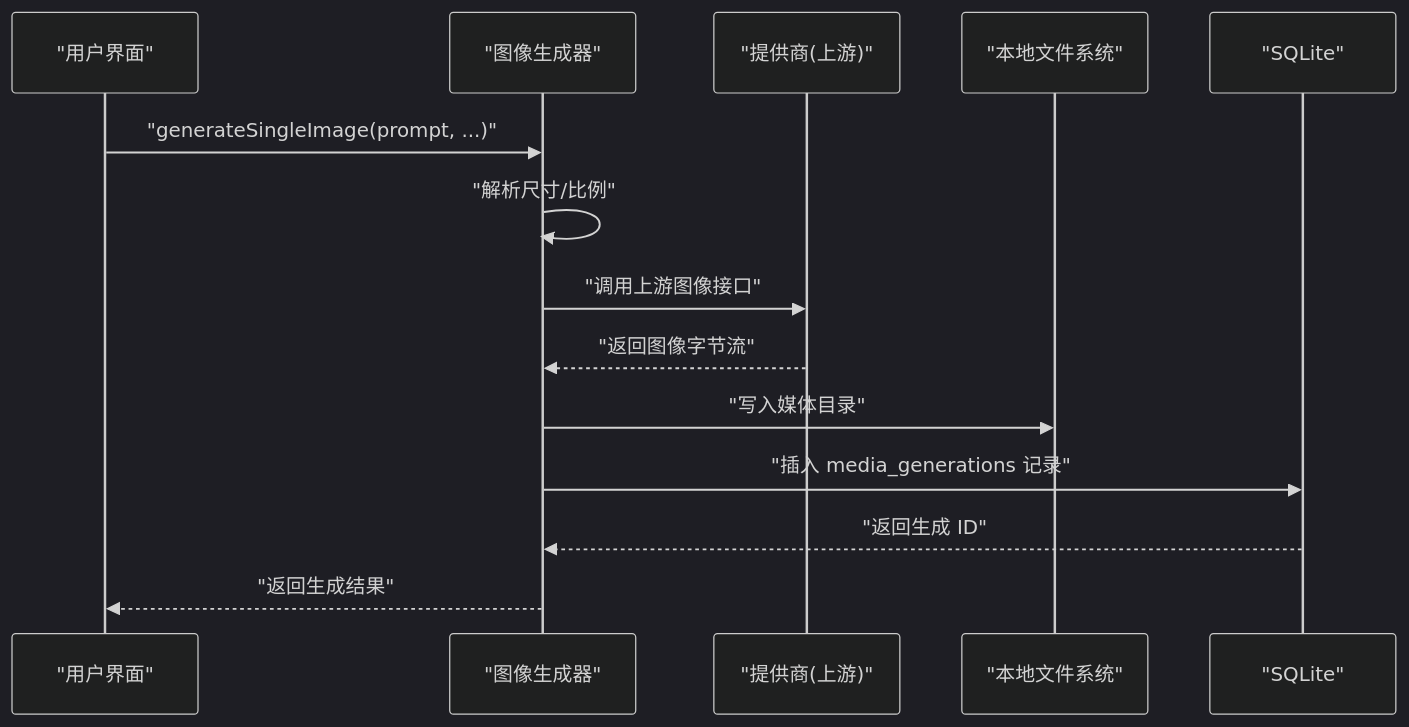
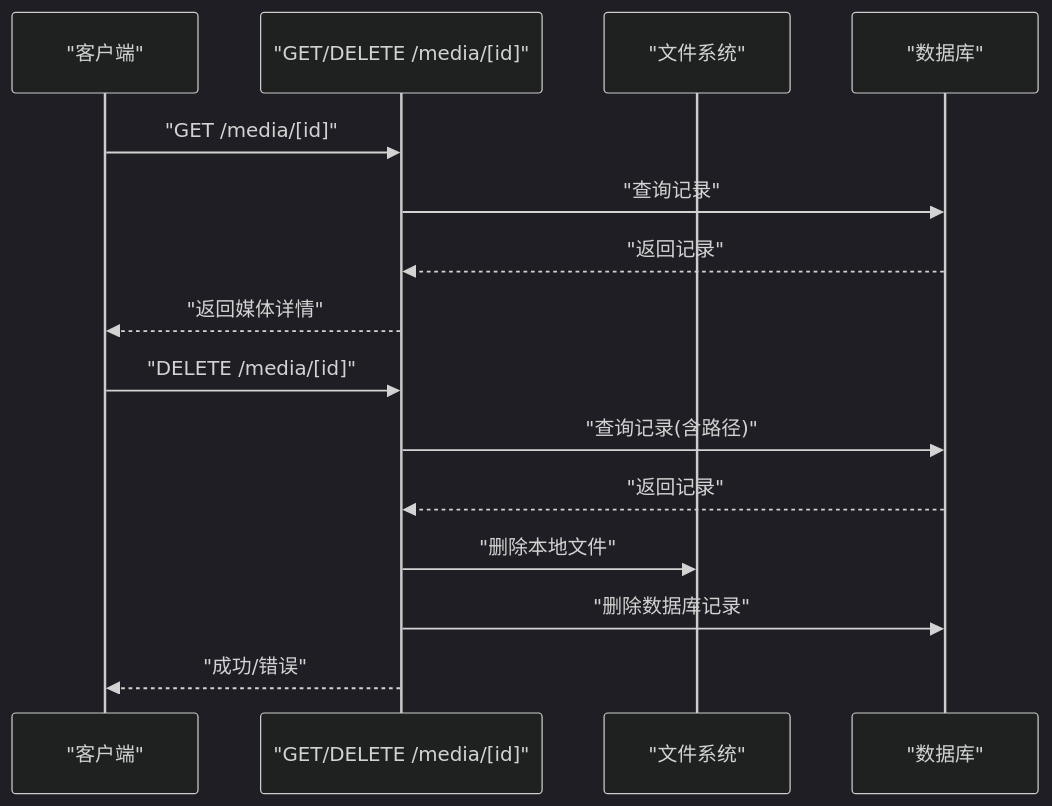
One commit to haolange/CodePilot changed the fifth of 8 diagrams in .qoder/repowiki/zh/content/API 参考/媒体 API.md. Above: the diagram before and after it, drawn with Mermaid (dark theme). The commit also changed other lines of this file and 203 other files, not shown here.

````diff
--- a/.qoder/repowiki/zh/content/API 参考/媒体 API.md
+++ b/.qoder/repowiki/zh/content/API 参考/媒体 API.md
@@ -340,16 +231,17 @@
 ```mermaid
 sequenceDiagram
-participant UI as "用户界面"
-participant GEN as "图像生成器"
-participant PROV as "提供商(上游)"
-participant FS as "本地文件系统"
-participant DB as "SQLite"
-UI->>GEN : "generateSingleImage(prompt, ...)"
-GEN->>GEN : "解析尺寸/比例"
-GEN->>PROV : "调用上游图像接口"
-PROV-->>GEN : "返回图像字节流"
-GEN->>FS : "写入媒体目录"
-GEN->>DB : "插入 media_generations 记录"
-DB-->>GEN : "返回生成 ID"
-GEN-->>UI : "返回生成结果"
+participant Client as "客户端"
+participant API as "GET/DELETE /media/[id]"
+participant FS as "文件系统"
+participant DB as "数据库"
+Client->>API : "GET /media/[id]"
+API->>DB : "查询记录"
+DB-->>API : "返回记录"
+API-->>Client : "返回媒体详情"
+Client->>API : "DELETE /media/[id]"
+API->>DB : "查询记录(含路径)"
+DB-->>API : "返回记录"
+API->>FS : "删除本地文件"
+API->>DB : "删除数据库记录"
+API-->>Client : "成功/错误"
 ```
````
